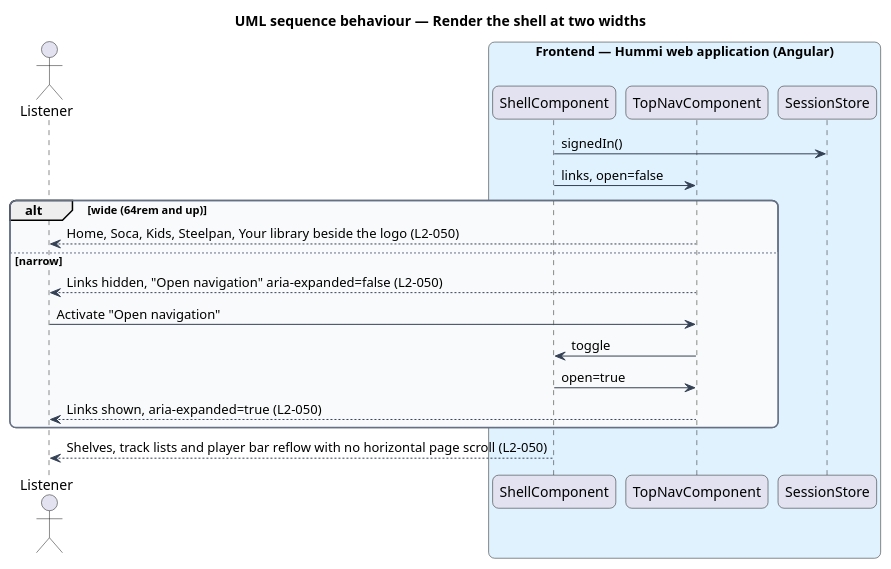
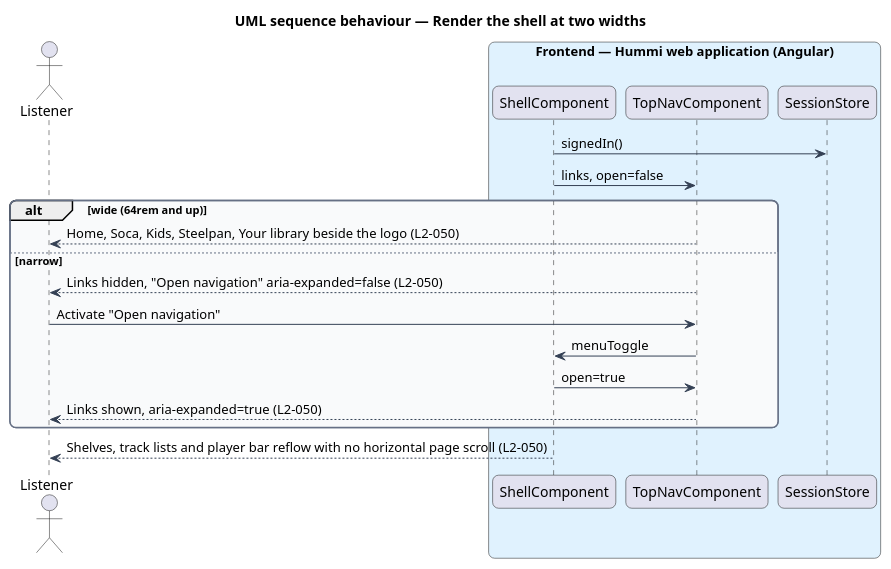
Before and after one commit to QuinntyneBrown/hummi: the diagram in docs/detailed-designs/interface/responsive-shell/diagrams/sequence-shell.puml, drawn with PlantUML. The commit also changed 39 other files, not shown here.

```diff
--- a/docs/detailed-designs/interface/responsive-shell/diagrams/sequence-shell.puml
+++ b/docs/detailed-designs/interface/responsive-shell/diagrams/sequence-shell.puml
@@ -1,35 +1,35 @@
 @startuml
 title UML sequence behaviour — Render the shell at two widths
 skinparam backgroundColor #FFFFFF
 skinparam shadowing false
 skinparam roundcorner 12
 skinparam defaultFontName Arial
 skinparam ArrowColor #344054
 skinparam rectangle {
   BorderColor #344054
   FontColor #101828
 }
 skinparam package {
   BorderColor #667085
   FontColor #101828
   BackgroundColor #F9FAFB
 }
 actor "Listener" as u
 box "Frontend — Hummi web application (Angular)" #E0F2FE
   participant "ShellComponent" as shell
   participant "TopNavComponent" as nav
   participant "SessionStore" as session
 end box
 shell -> session : signedIn()
 shell -> nav : links, open=false
 alt wide (64rem and up)
   nav --> u : Home, Soca, Kids, Steelpan, Your library beside the logo (L2-050)
 else narrow
   nav --> u : Links hidden, "Open navigation" aria-expanded=false (L2-050)
   u -> nav : Activate "Open navigation"
-  nav -> shell : toggle
+  nav -> shell : menuToggle
   shell -> nav : open=true
   nav --> u : Links shown, aria-expanded=true (L2-050)
 end
 shell --> u : Shelves, track lists and player bar reflow with no horizontal page scroll (L2-050)
 @enduml
```
